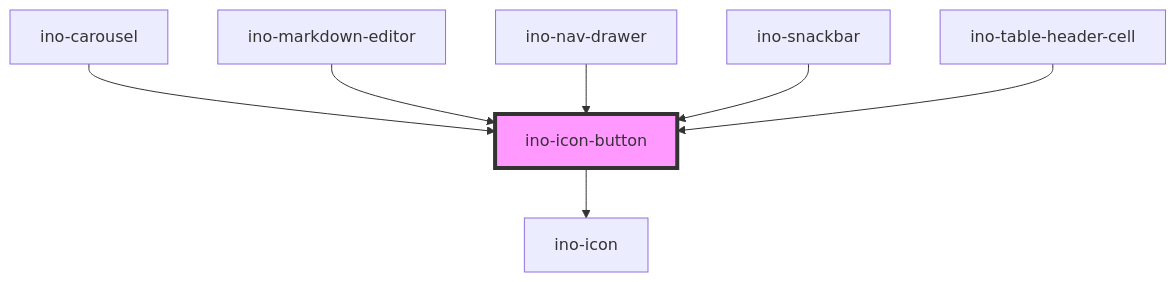
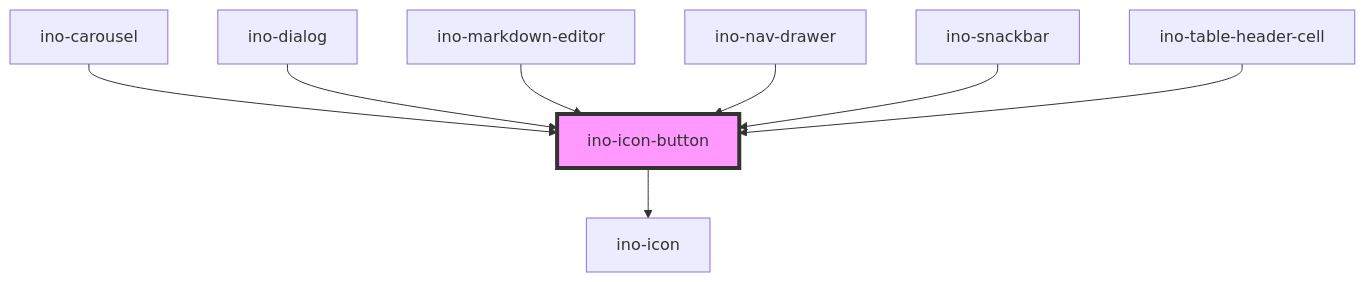
Before and after one commit to inovex/elements: the diagram in packages/elements/src/components/ino-icon-button/readme.md, drawn with Mermaid. The commit also changed other lines of this file and 7 other files, not shown here.

Commit message:
feat(elements|ino-dialog) added story + replaced ino-icon with ino-icon-button

````diff
--- a/packages/elements/src/components/ino-icon-button/readme.md
+++ b/packages/elements/src/components/ino-icon-button/readme.md
@@ -71,10 +72,11 @@
 ```mermaid
 graph TD;
   ino-icon-button --> ino-icon
   ino-carousel --> ino-icon-button
+  ino-dialog --> ino-icon-button
   ino-markdown-editor --> ino-icon-button
   ino-nav-drawer --> ino-icon-button
   ino-snackbar --> ino-icon-button
   ino-table-header-cell --> ino-icon-button
   style ino-icon-button fill:#f9f,stroke:#333,stroke-width:4px
 ```
````
